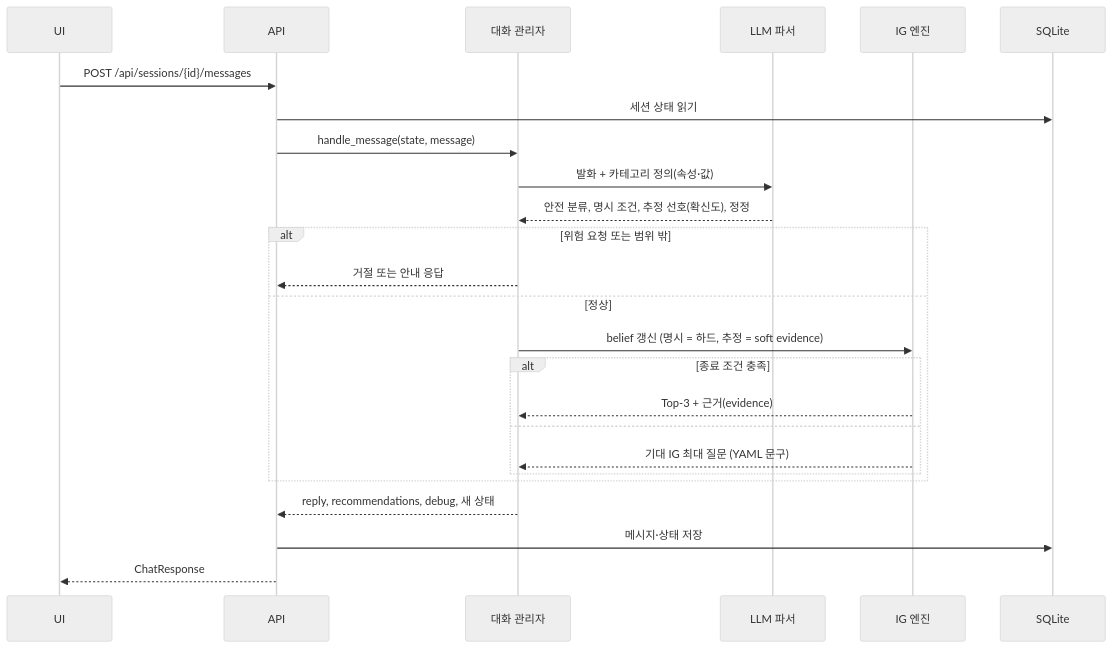
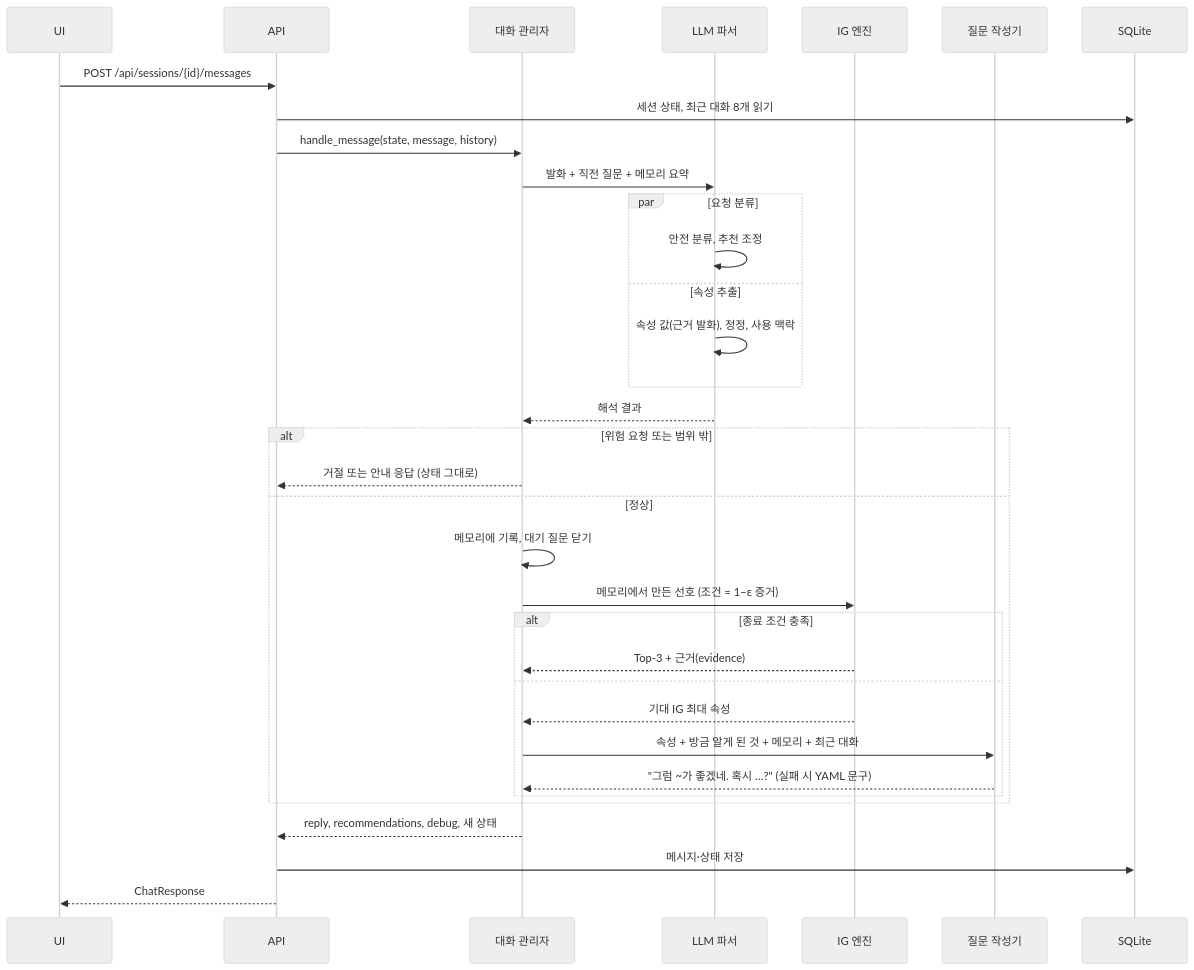
One commit to qazcdesnu/llm-hw2-demo changed the second of 4 diagrams in docs/architecture.md. Above: the diagram before and after it, drawn with Mermaid (neutral theme). The commit also changed other lines of this file and 53 other files, not shown here.

````diff
--- a/docs/architecture.md
+++ b/docs/architecture.md
@@ -85,28 +104,37 @@
 ```mermaid
 sequenceDiagram
     participant U as UI
     participant A as API
     participant C as 대화 관리자
     participant P as LLM 파서
     participant E as IG 엔진
+    participant W as 질문 작성기
     participant D as SQLite
 
     U->>A: POST /api/sessions/{id}/messages
-    A->>D: 세션 상태 읽기
-    A->>C: handle_message(state, message)
-    C->>P: 발화 + 카테고리 정의(속성·값)
-    P-->>C: 안전 분류, 명시 조건, 추정 선호(확신도), 정정
+    A->>D: 세션 상태, 최근 대화 8개 읽기
+    A->>C: handle_message(state, message, history)
+    C->>P: 발화 + 직전 질문 + 메모리 요약
+    par 요청 분류
+        P->>P: 안전 분류, 추천 조정
+    and 속성 추출
+        P->>P: 속성 값(근거 발화), 정정, 사용 맥락
+    end
+    P-->>C: 해석 결과
     alt 위험 요청 또는 범위 밖
-        C-->>A: 거절 또는 안내 응답
+        C-->>A: 거절 또는 안내 응답 (상태 그대로)
     else 정상
-        C->>E: belief 갱신 (명시 = 하드, 추정 = soft evidence)
+        C->>C: 메모리에 기록, 대기 질문 닫기
+        C->>E: 메모리에서 만든 선호 (조건 = 1−ε 증거)
         alt 종료 조건 충족
             E-->>C: Top-3 + 근거(evidence)
         else
-            E-->>C: 기대 IG 최대 질문 (YAML 문구)
+            E-->>C: 기대 IG 최대 속성
+            C->>W: 속성 + 방금 알게 된 것 + 메모리 + 최근 대화
+            W-->>C: "그럼 ~가 좋겠네. 혹시 …?" (실패 시 YAML 문구)
         end
     end
     C-->>A: reply, recommendations, debug, 새 상태
     A->>D: 메시지·상태 저장
     A-->>U: ChatResponse
 ```
````
